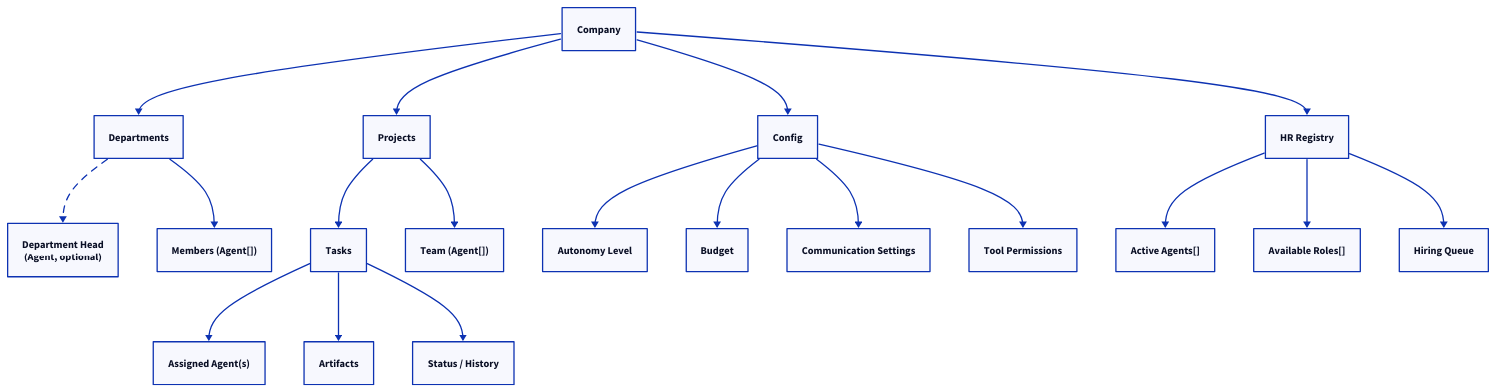
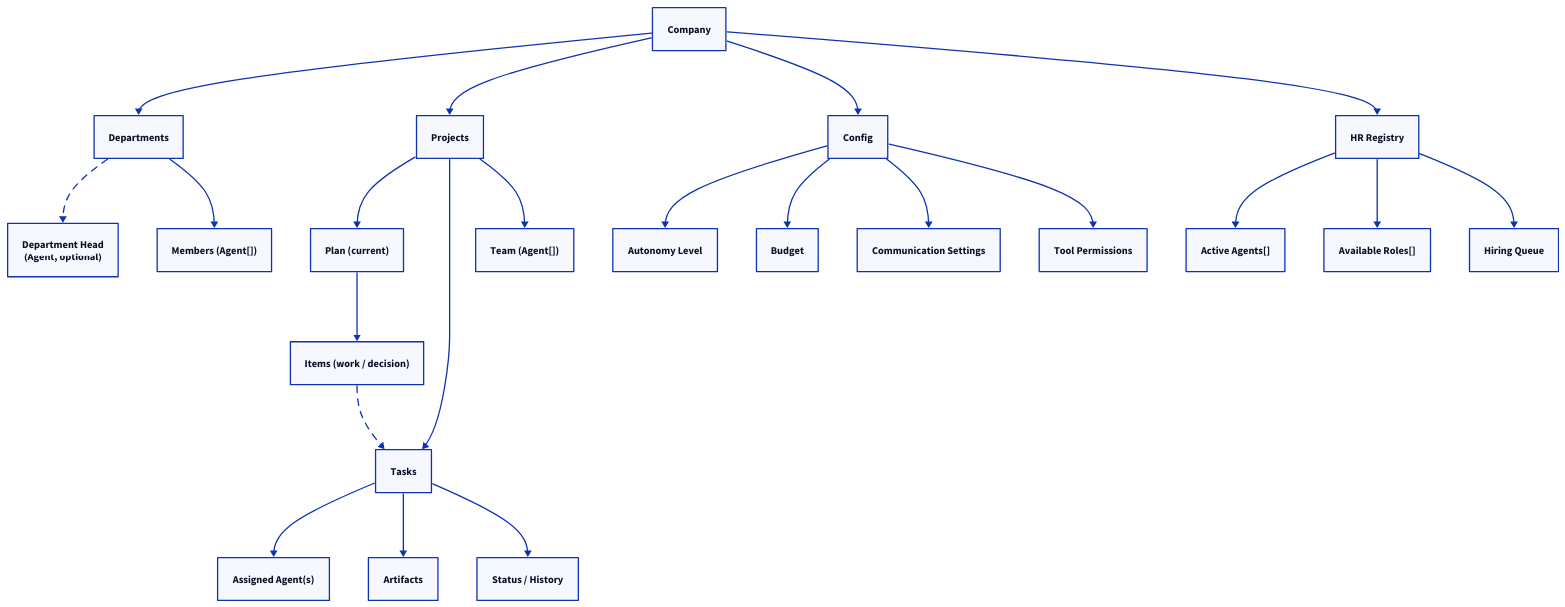
Before and after one commit to Aureliolo/synthorg: the diagram in docs/design/index.md, drawn with D2. The commit also changed other lines of this file and 117 other files, not shown here.

First line of the commit message:
Make a greenlit initiative one connected, status-rolling graph (#2610)

````diff
--- a/docs/design/index.md
+++ b/docs/design/index.md
@@ -134,37 +135,43 @@
 ```d2
 Company -> Departments
 Company -> Projects
 Company -> Config
 HR: HR Registry
 Company -> HR
 
 Departments -> DeptHead {style.stroke-dash: 5}
 DeptHead: "Department Head\n(Agent, optional)"
 Departments -> Members
 Members: "Members (Agent[])"
 
+Projects -> Plan
+Plan: "Plan (current)"
 Projects -> Tasks
 Projects -> Team
 Team: "Team (Agent[])"
+
+Plan -> PlanItems
+PlanItems: "Items (work / decision)"
+PlanItems -> Tasks {style.stroke-dash: 5}
 
 Tasks -> Assigned
 Assigned: "Assigned Agent(s)"
 Tasks -> Artifacts
 Tasks -> Status
 Status: "Status / History"
 
 Config -> Autonomy
 Autonomy: Autonomy Level
 Config -> Budget
 Config -> CommSettings
 CommSettings: Communication Settings
 Config -> ToolPerms
 ToolPerms: Tool Permissions
 
 HR -> Active
 Active: "Active Agents[]"
 HR -> Roles
 Roles: "Available Roles[]"
 HR -> Queue
 Queue: Hiring Queue
 ```
````
